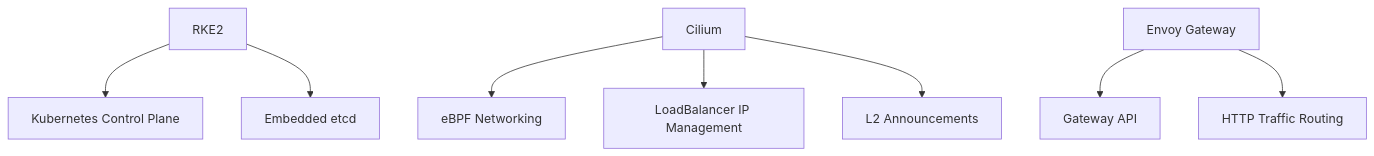
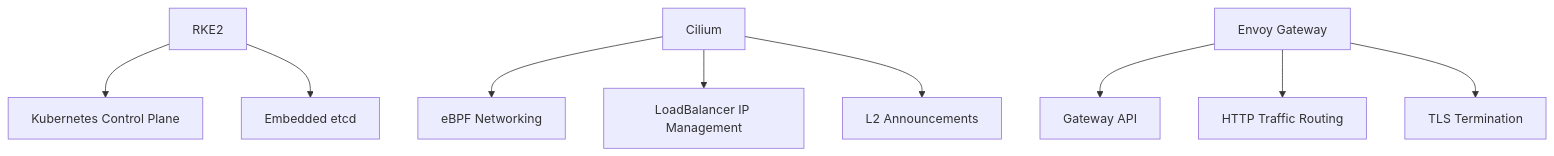
One commit to ahmed-sayed-devops/microservices-platform-gitops changed the third of 18 diagrams in docs/03-gateway-api/README.md. Above: the diagram before and after it, drawn with Mermaid. The commit also changed other lines of this file, not shown here.

Commit message:
docs: update Gateway API documentation with TLS

````diff
--- a/docs/03-gateway-api/README.md
+++ b/docs/03-gateway-api/README.md
@@ -132,25 +140,27 @@
 ```mermaid
 graph TD
     RKE2[RKE2]
     ControlPlane[Kubernetes Control Plane]
     ETCD[Embedded etcd]
 
     Cilium[Cilium]
     Networking[eBPF Networking]
     LB[LoadBalancer IP Management]
     L2[L2 Announcements]
 
     EnvoyGateway[Envoy Gateway]
     GatewayAPI[Gateway API]
     Routing[HTTP Traffic Routing]
+    TLS[TLS Termination]
 
     RKE2 --> ControlPlane
     RKE2 --> ETCD
 
     Cilium --> Networking
     Cilium --> LB
     Cilium --> L2
 
     EnvoyGateway --> GatewayAPI
     EnvoyGateway --> Routing
+    EnvoyGateway --> TLS
 ```
````
